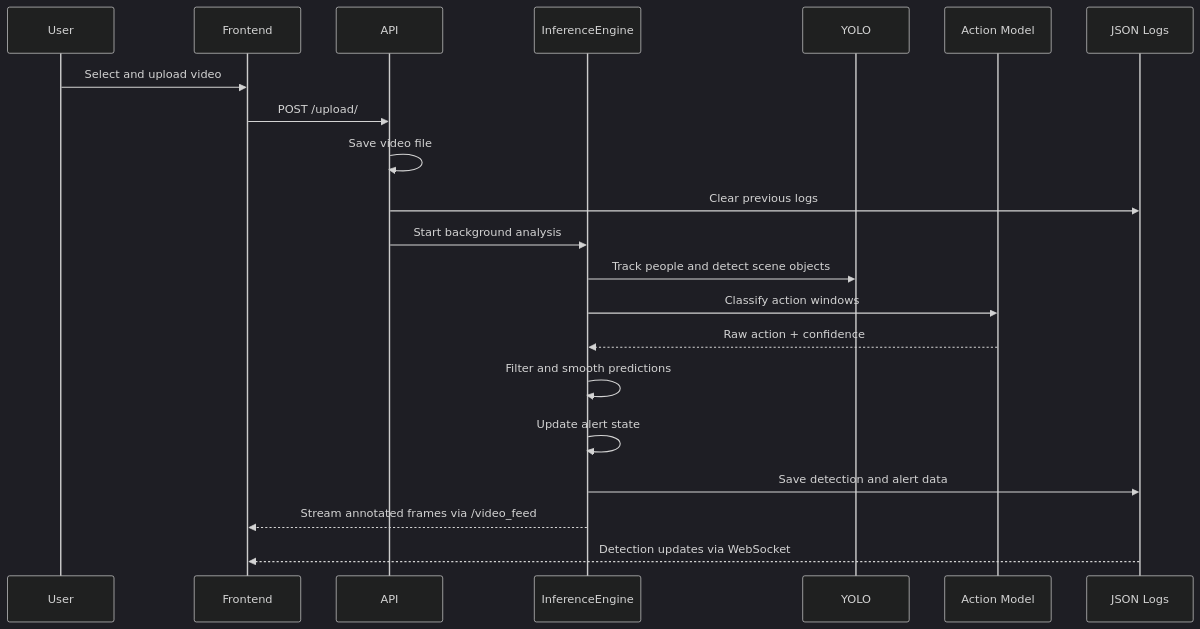
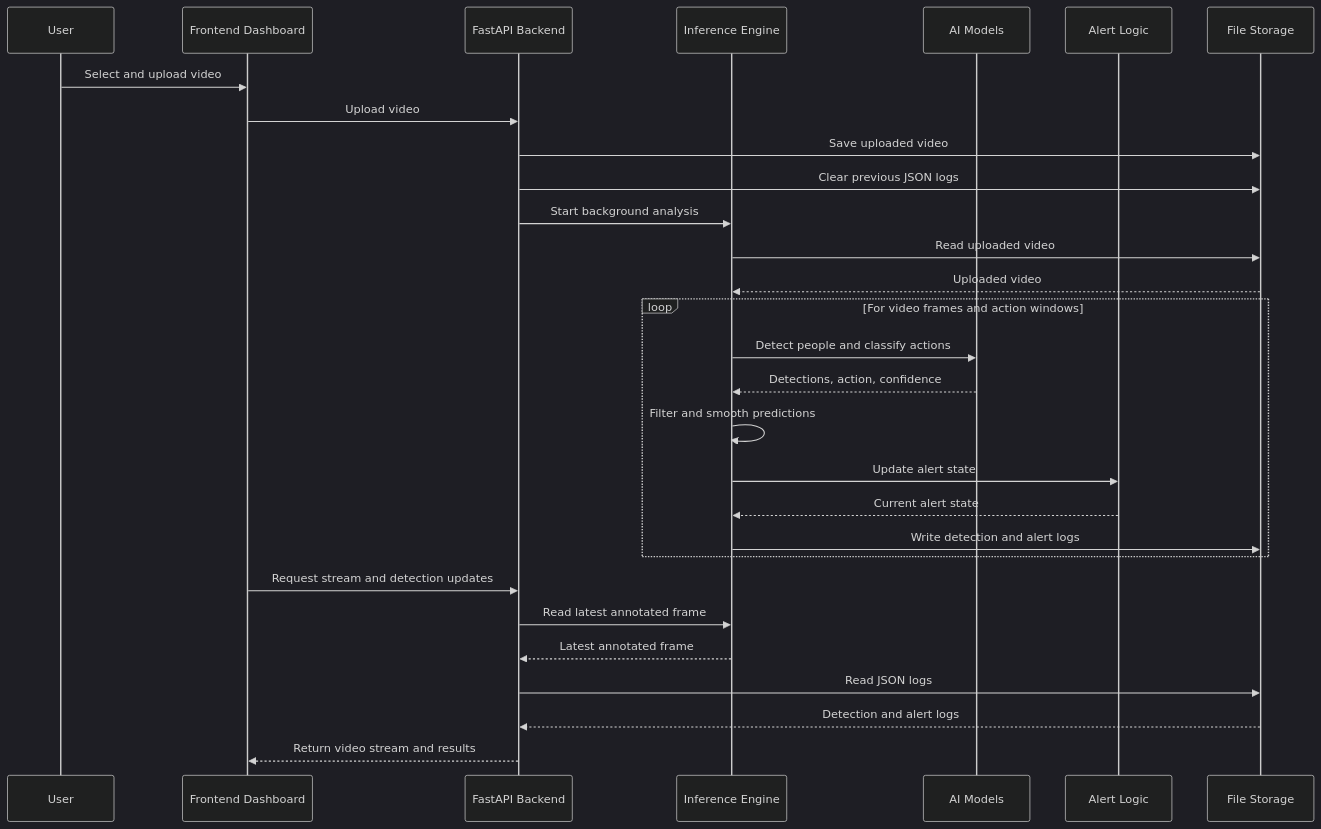
The second of 5 diagrams in README.md (Magda1103/Problem-Workshop-in-Software-Engineering), drawn with Mermaid (dark theme) before and after one commit. The commit also changed other lines of this file and 1 other file, not shown here.

Commit message:
Fix Model Architecture diagram

````diff
--- a/README.md
+++ b/README.md
@@ -90,24 +193,34 @@
 ```mermaid
 sequenceDiagram
     participant User
-    participant Frontend
-    participant API
-    participant Engine as InferenceEngine
-    participant YOLO
-    participant Model as Action Model
-    participant Logs as JSON Logs
+    participant Frontend as Frontend Dashboard
+    participant Backend as FastAPI Backend
+    participant Engine as Inference Engine
+    participant Models as AI Models
+    participant AlertLogic as Alert Logic
+    participant Storage as File Storage
 
     User->>Frontend: Select and upload video
-    Frontend->>API: POST /upload/
-    API->>API: Save video file
-    API->>Logs: Clear previous logs
-    API->>Engine: Start background analysis
-    Engine->>YOLO: Track people and detect scene objects
-    Engine->>Model: Classify action windows
-    Model-->>Engine: Raw action + confidence
-    Engine->>Engine: Filter and smooth predictions
-    Engine->>Engine: Update alert state
-    Engine->>Logs: Save detection and alert data
-    Engine-->>Frontend: Stream annotated frames via /video_feed
-    Logs-->>Frontend: Detection updates via WebSocket
+    Frontend->>Backend: Upload video
+    Backend->>Storage: Save uploaded video
+    Backend->>Storage: Clear previous JSON logs
+    Backend->>Engine: Start background analysis
+
+    Engine->>Storage: Read uploaded video
+    Storage-->>Engine: Uploaded video
+    loop For video frames and action windows
+        Engine->>Models: Detect people and classify actions
+        Models-->>Engine: Detections, action, confidence
+        Engine->>Engine: Filter and smooth predictions
+        Engine->>AlertLogic: Update alert state
+        AlertLogic-->>Engine: Current alert state
+        Engine->>Storage: Write detection and alert logs
+    end
+
+    Frontend->>Backend: Request stream and detection updates
+    Backend->>Engine: Read latest annotated frame
+    Engine-->>Backend: Latest annotated frame
+    Backend->>Storage: Read JSON logs
+    Storage-->>Backend: Detection and alert logs
+    Backend-->>Frontend: Return video stream and results
 ```
````
